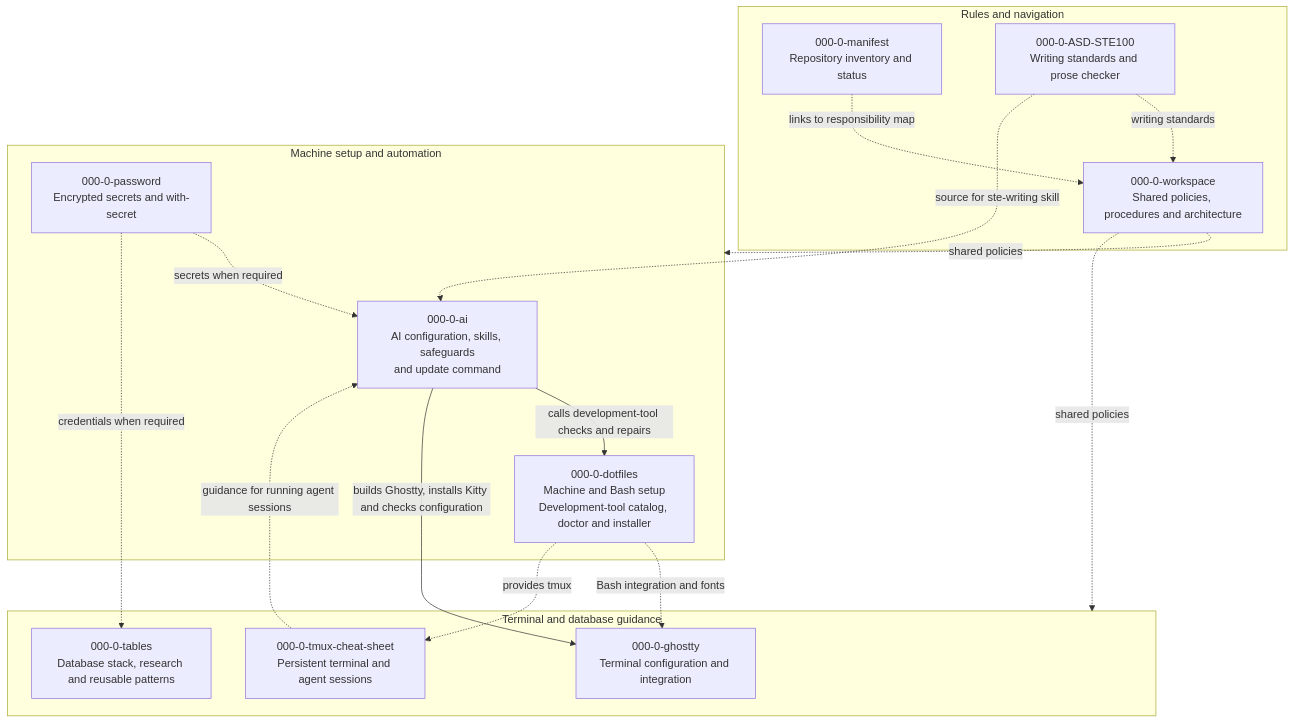
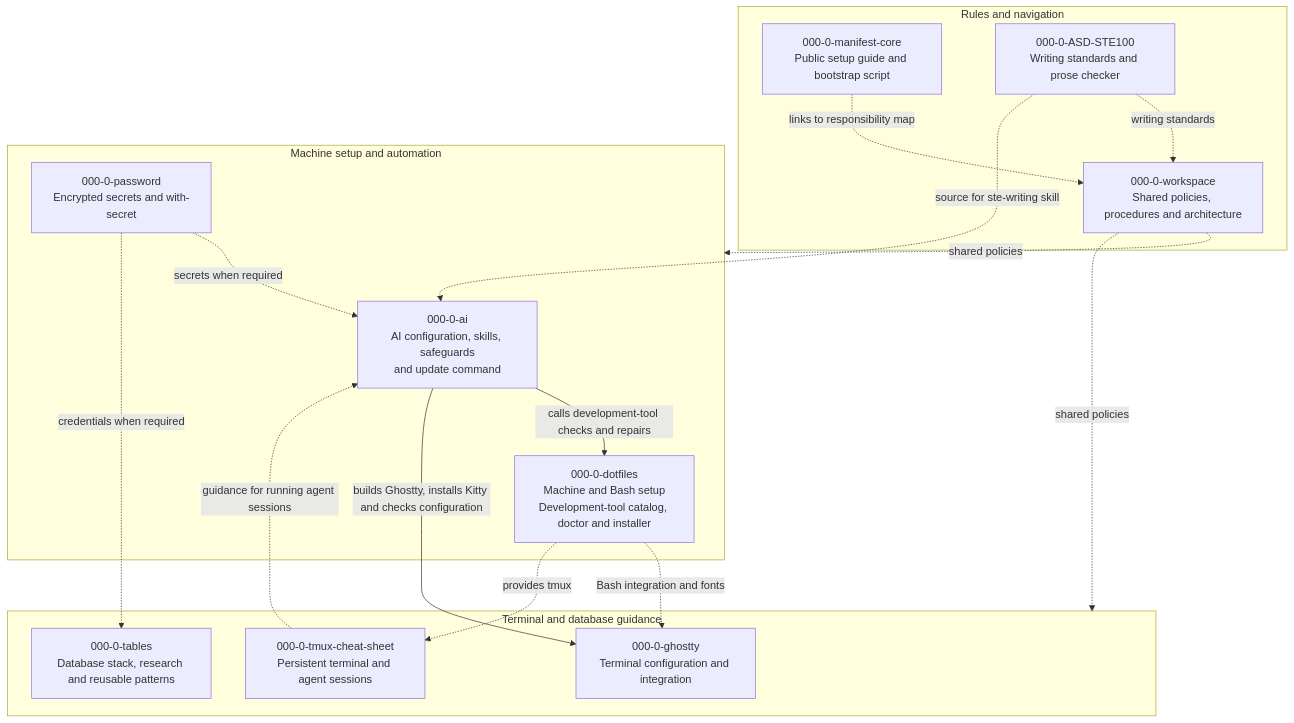
Before and after one commit to kairin/000-0-ASD-STE100: the first of 2 diagrams in README.md, drawn with Mermaid.

Commit message:
docs: name the public manifest-core repository in the diagram (#50)
The public manifest guide is now 000-0-manifest-core. Update the
diagram node that named the former 000-0-manifest.

````diff
--- a/README.md
+++ b/README.md
@@ -1,36 +1,36 @@
 ```mermaid
 flowchart TB
     subgraph Rules["Rules and navigation"]
         W["000-0-workspace<br/>Shared policies, procedures and architecture"]
-        M["000-0-manifest<br/>Repository inventory and status"]
+        M["000-0-manifest-core<br/>Public setup guide and bootstrap script"]
         S["000-0-ASD-STE100<br/>Writing standards and prose checker"]
     end
 
     subgraph Operations["Machine setup and automation"]
         A["000-0-ai<br/>AI configuration, skills, safeguards<br/>and update command"]
         D["000-0-dotfiles<br/>Machine and Bash setup<br/>Development-tool catalog, doctor and installer"]
         P["000-0-password<br/>Encrypted secrets and with-secret"]
     end
 
     subgraph Specialist["Terminal and database guidance"]
         G["000-0-ghostty<br/>Terminal configuration and integration"]
         TM["000-0-tmux-cheat-sheet<br/>Persistent terminal and agent sessions"]
         T["000-0-tables<br/>Database stack, research and reusable patterns"]
     end
 
     W -. "shared policies" .-> Operations
     W -. "shared policies" .-> Specialist
     M -. "links to responsibility map" .-> W
     S -. "writing standards" .-> W
     S -. "source for ste-writing skill" .-> A
 
     A -->|"calls development-tool checks and repairs"| D
     A -->|"builds Ghostty, installs Kitty and checks configuration"| G
 
     D -. "Bash integration and fonts" .-> G
     D -. "provides tmux" .-> TM
     TM -. "guidance for running agent sessions" .-> A
 
     P -. "secrets when required" .-> A
     P -. "credentials when required" .-> T
 ```
````
